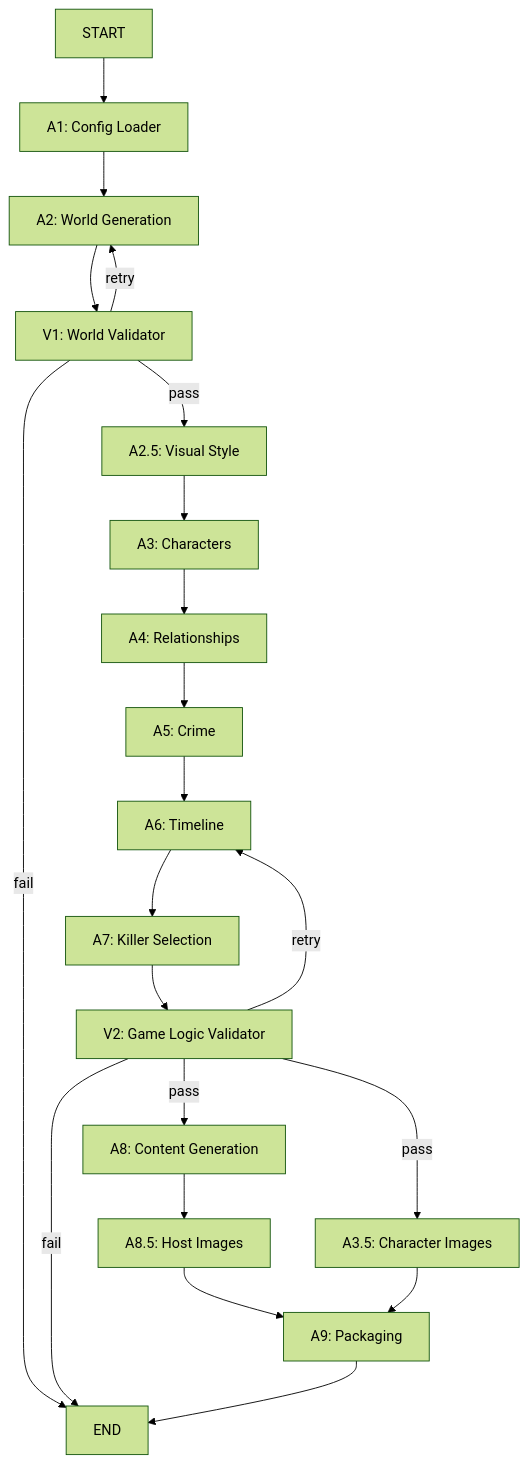
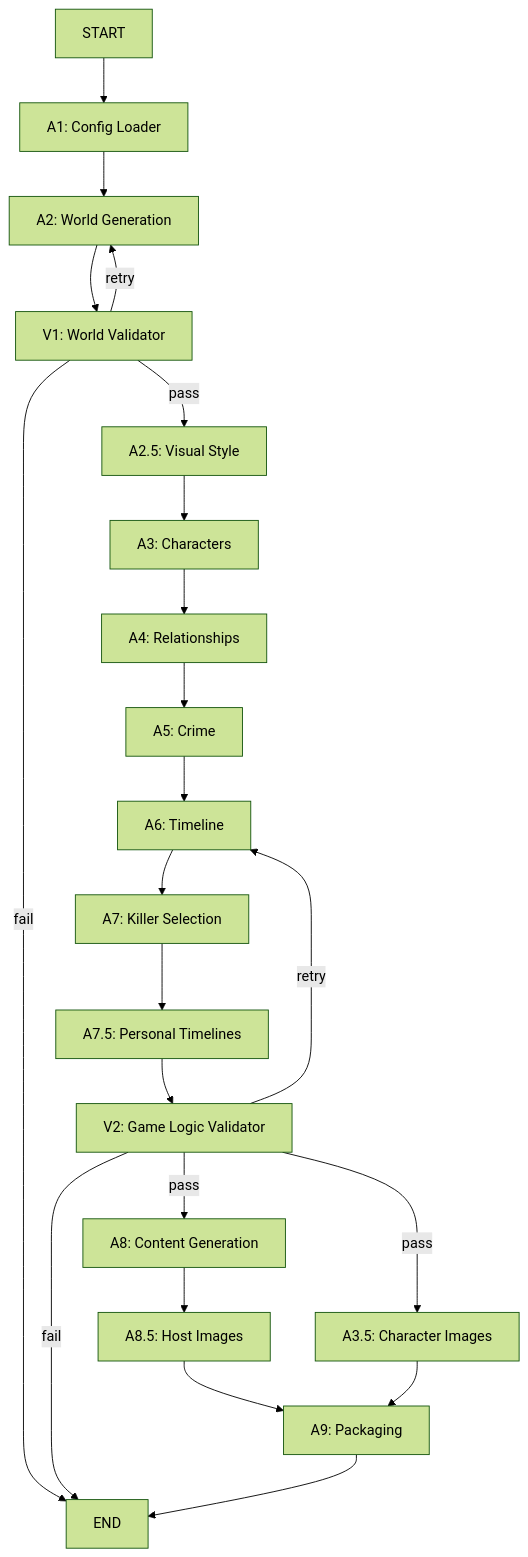
Before and after one commit to juanje/mystery-agents: the diagram in docs/DEVELOPER_GUIDE.md, drawn with Mermaid (forest theme). The commit also changed other lines of this file and 5 other files, not shown here.

First line of the commit message:
feat: generate personal timelines for every suspect

````diff
--- a/docs/DEVELOPER_GUIDE.md
+++ b/docs/DEVELOPER_GUIDE.md
@@ -86,23 +87,24 @@
 ```mermaid
 graph TD
     START --> A1[A1: Config Loader]
     A1 --> A2[A2: World Generation]
     A2 --> V1[V1: World Validator]
     V1 -->|pass| A2_5[A2.5: Visual Style]
     V1 -->|retry| A2
     V1 -->|fail| END
     A2_5 --> A3[A3: Characters]
     A3 --> A4[A4: Relationships]
     A4 --> A5[A5: Crime]
     A5 --> A6[A6: Timeline]
     A6 --> A7[A7: Killer Selection]
-    A7 --> V2[V2: Game Logic Validator]
+    A7 --> A7_5[A7.5: Personal Timelines]
+    A7_5 --> V2[V2: Game Logic Validator]
     V2 -->|pass| A8[A8: Content Generation]
     V2 -->|pass| A3_5[A3.5: Character Images]
     V2 -->|retry| A6
     V2 -->|fail| END
     A8 --> A8_5[A8.5: Host Images]
     A8_5 --> A9[A9: Packaging]
     A3_5 --> A9
     A9 --> END
 ```
````
